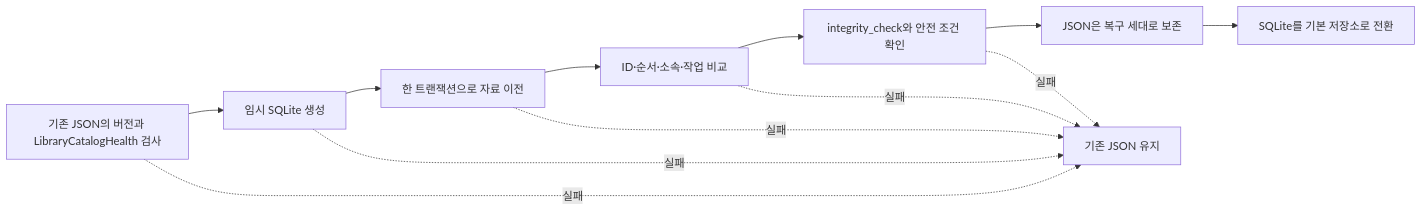
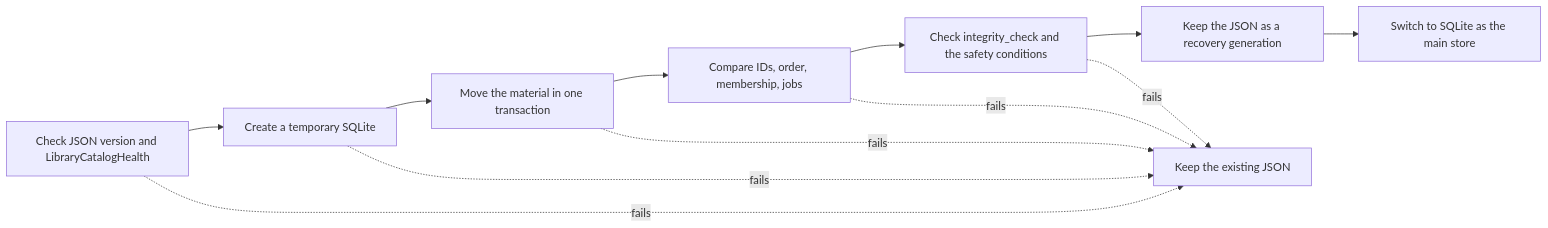
One commit to habinsong/negaflow changed the diagram in docs/architecture/CATALOG_STORAGE.md. Above: the diagram before and after it, drawn with Mermaid. The commit also changed other lines of this file and 119 other files, not shown here.

````diff
--- a/docs/architecture/CATALOG_STORAGE.md
+++ b/docs/architecture/CATALOG_STORAGE.md
@@ -98,14 +101,14 @@
 ```mermaid
 flowchart LR
-    A["기존 JSON의 버전과 LibraryCatalogHealth 검사"] --> B["임시 SQLite 생성"]
-    B --> C["한 트랜잭션으로 자료 이전"]
-    C --> D["ID·순서·소속·작업 비교"]
-    D --> E["integrity_check와 안전 조건 확인"]
-    E --> F["JSON은 복구 세대로 보존"]
-    F --> G["SQLite를 기본 저장소로 전환"]
-    A -. 실패 .-> H["기존 JSON 유지"]
-    B -. 실패 .-> H
-    C -. 실패 .-> H
-    D -. 실패 .-> H
-    E -. 실패 .-> H
+    A["Check JSON version and LibraryCatalogHealth"] --> B["Create a temporary SQLite"]
+    B --> C["Move the material in one transaction"]
+    C --> D["Compare IDs, order, membership, jobs"]
+    D --> E["Check integrity_check and the safety conditions"]
+    E --> F["Keep the JSON as a recovery generation"]
+    F --> G["Switch to SQLite as the main store"]
+    A -. fails .-> H["Keep the existing JSON"]
+    B -. fails .-> H
+    C -. fails .-> H
+    D -. fails .-> H
+    E -. fails .-> H
 ```
````
